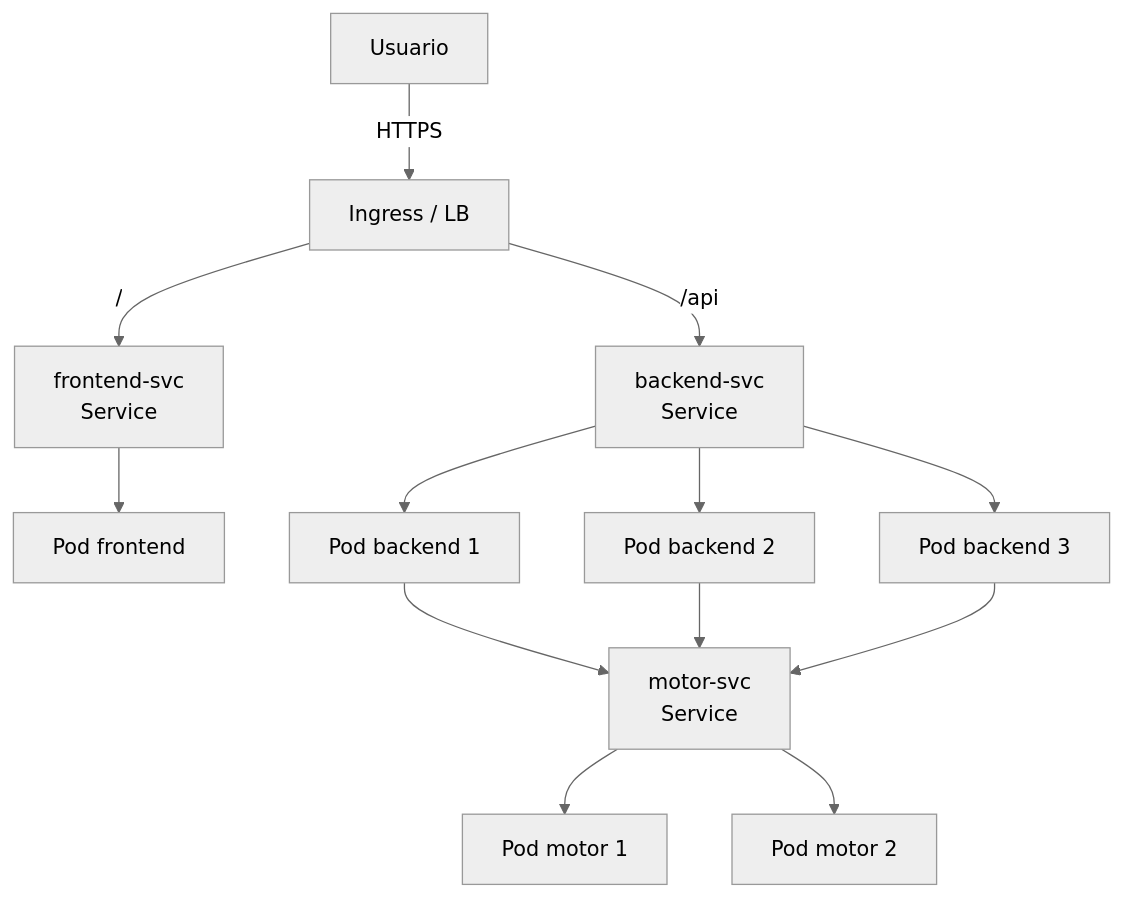
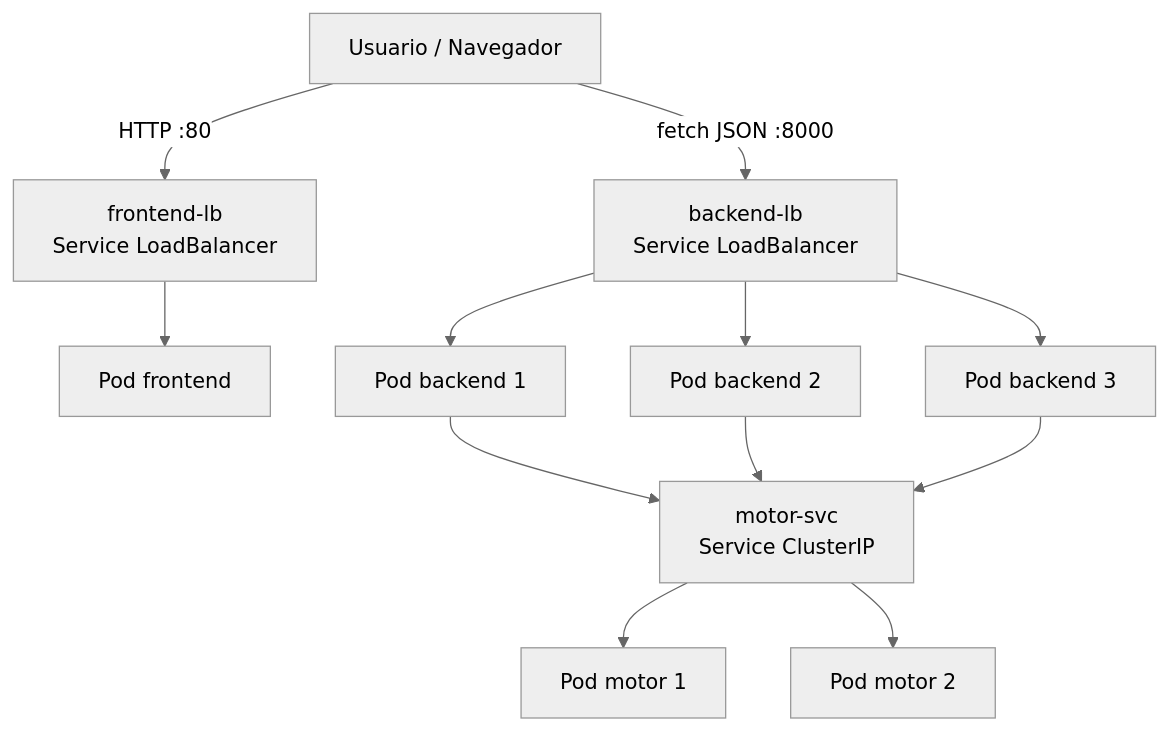
The diagram in docs/05-despliegue-nube.md (BigBelial/Paralelas-AI-Final), drawn with Mermaid (neutral theme) before and after one commit. The commit also changed other lines of this file and 5 other files, not shown here.

````diff
--- a/docs/05-despliegue-nube.md
+++ b/docs/05-despliegue-nube.md
@@ -42,15 +47,14 @@
 ```mermaid
 flowchart TB
-    user[Usuario] -->|HTTPS| ingress[Ingress / LB]
-    ingress -->|/| frontSvc[frontend-svc<br/>Service]
-    ingress -->|/api| apiSvc[backend-svc<br/>Service]
-    frontSvc --> frontPod[Pod frontend]
-    apiSvc --> apiPod1[Pod backend 1]
-    apiSvc --> apiPod2[Pod backend 2]
-    apiSvc --> apiPod3[Pod backend 3]
-    apiPod1 --> motorSvc[motor-svc<br/>Service]
+    user[Usuario / Navegador] -->|HTTP :80| frontLB[frontend-lb<br/>Service LoadBalancer]
+    user -->|fetch JSON :8000| apiLB[backend-lb<br/>Service LoadBalancer]
+    frontLB --> frontPod[Pod frontend]
+    apiLB --> apiPod1[Pod backend 1]
+    apiLB --> apiPod2[Pod backend 2]
+    apiLB --> apiPod3[Pod backend 3]
+    apiPod1 --> motorSvc[motor-svc<br/>Service ClusterIP]
     apiPod2 --> motorSvc
     apiPod3 --> motorSvc
     motorSvc --> motorPod1[Pod motor 1]
     motorSvc --> motorPod2[Pod motor 2]
 ```
````
